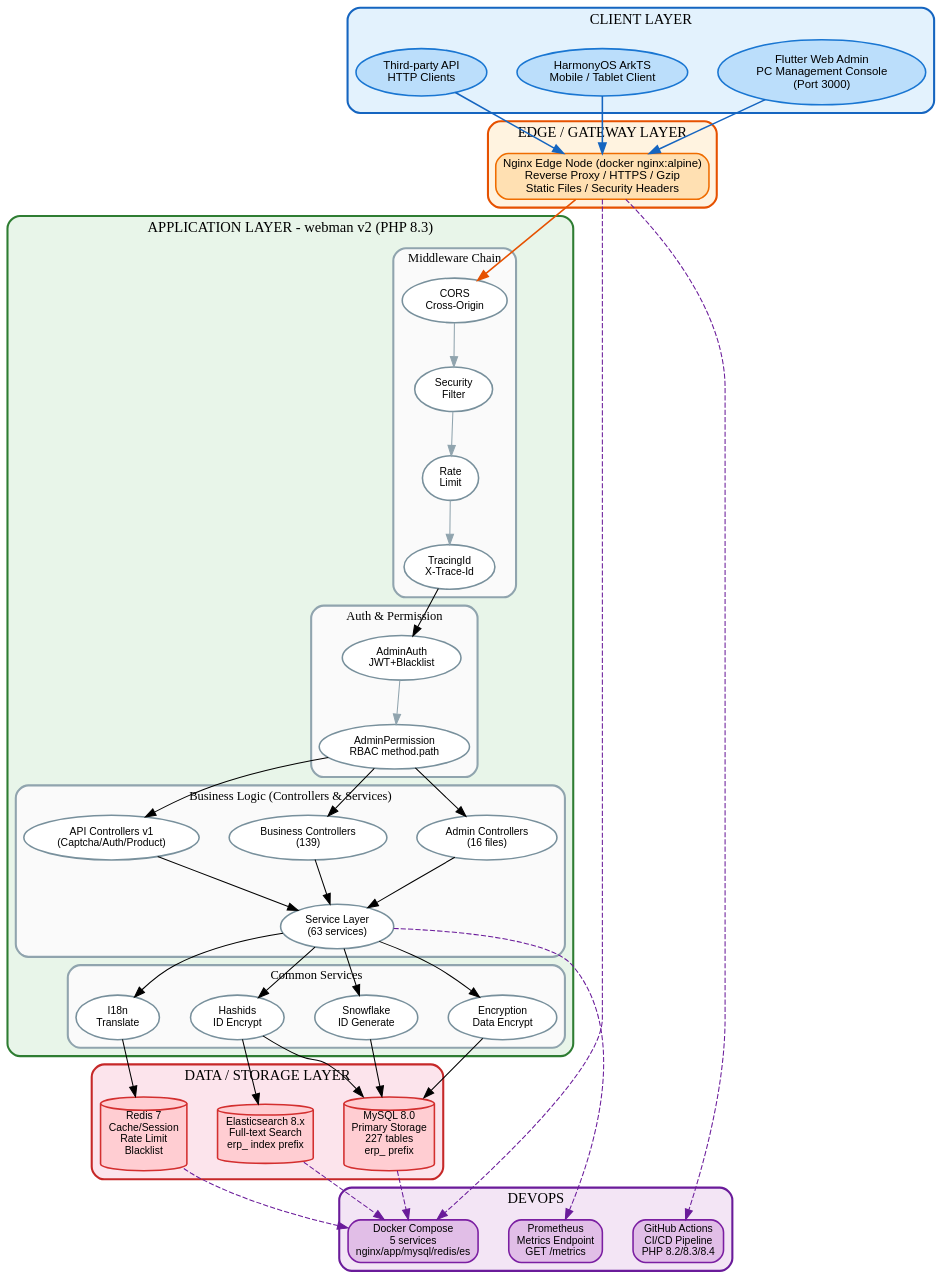
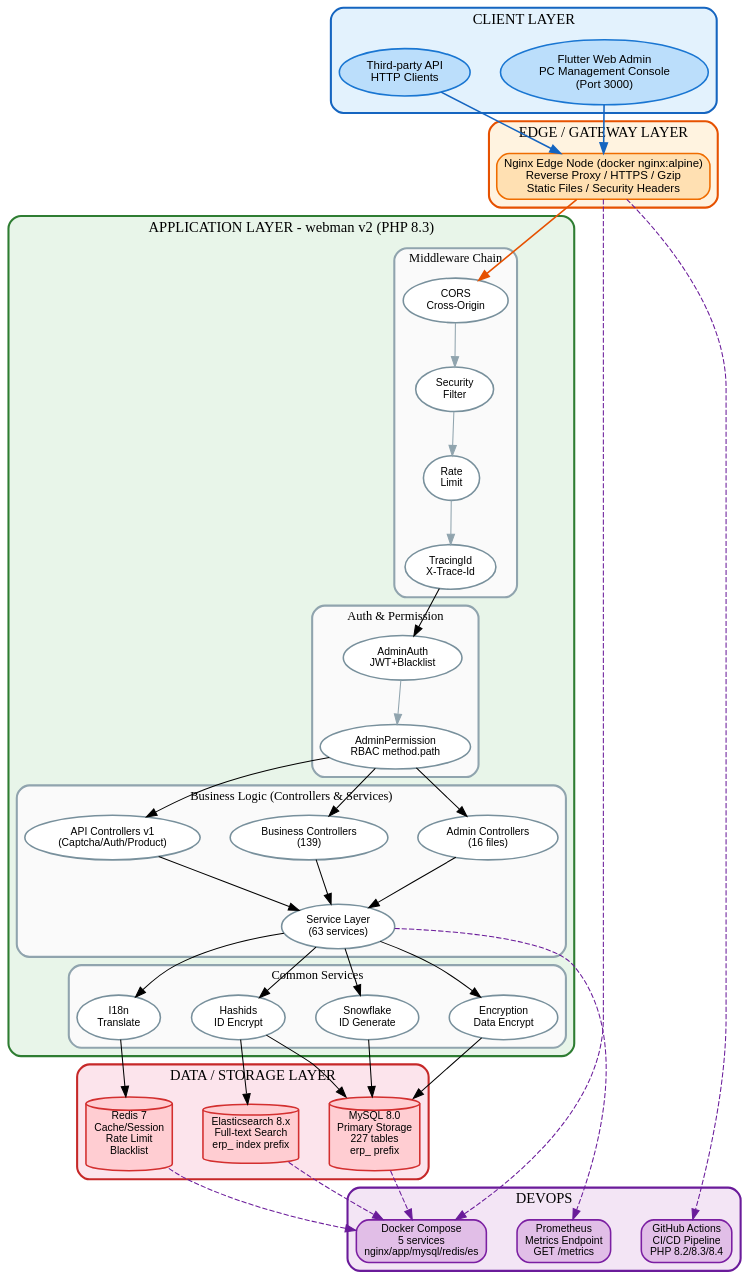
One commit to erikwang2013/erp-php changed the diagram in docs/diagrams/system-architecture.dot. Above: the diagram before and after it, drawn with Graphviz. The commit also changed 652 other files, not shown here.

Commit message:
文档：仅保留中英文 README，清理已移除功能与过时图片

```diff
--- a/docs/diagrams/system-architecture.dot
+++ b/docs/diagrams/system-architecture.dot
@@ -1,104 +1,102 @@
 digraph SystemArchitecture {
     rankdir=TB;
     fontname="Arial";
     fontsize=14;
     bgcolor="transparent";
     nodesep=0.4;
     ranksep=0.6;
     compound=true;
 
     node [fontname="Arial", fontsize=11, style="filled,rounded", penwidth=1.5];
 
     subgraph cluster_client {
         label="CLIENT LAYER";
         fontsize=14; fontname="Arial Bold";
         style="filled,rounded"; fillcolor="#e3f2fd"; color="#1565c0"; penwidth=2;
         a1 [label="Flutter Web Admin\nPC Management Console\n(Port 3000)", fillcolor="#bbdefb", color="#1976d2"];
-        a2 [label="HarmonyOS ArkTS\nMobile / Tablet Client", fillcolor="#bbdefb", color="#1976d2"];
         a3 [label="Third-party API\nHTTP Clients", fillcolor="#bbdefb", color="#1976d2"];
     }
 
     subgraph cluster_edge {
         label="EDGE / GATEWAY LAYER";
         fontsize=14; fontname="Arial Bold";
         style="filled,rounded"; fillcolor="#fff3e0"; color="#e65100"; penwidth=2;
         b1 [label="Nginx Edge Node (docker nginx:alpine)\nReverse Proxy / HTTPS / Gzip\nStatic Files / Security Headers", fillcolor="#ffe0b2", color="#ef6c00", shape="box"];
     }
 
     subgraph cluster_app {
         label="APPLICATION LAYER - webman v2 (PHP 8.3)";
         fontsize=14; fontname="Arial Bold";
         style="filled,rounded"; fillcolor="#e8f5e9"; color="#2e7d32"; penwidth=2;
 
         subgraph cluster_mw {
             label="Middleware Chain";
             fontsize=12; fontname="Arial Bold";
             style="filled,rounded"; fillcolor="#fafafa"; color="#90a4ae";
             node [fillcolor="#ffffff", color="#78909c", fontsize=10];
             m1 [label="CORS\nCross-Origin"]; m2 [label="Security\nFilter"]; m3 [label="Rate\nLimit"]; m4 [label="TracingId\nX-Trace-Id"];
             m1 -> m2 -> m3 -> m4 [color="#90a4ae"];
         }
 
         subgraph cluster_auth {
             label="Auth & Permission";
             fontsize=12; fontname="Arial Bold";
             style="filled,rounded"; fillcolor="#fafafa"; color="#90a4ae";
             node [fillcolor="#ffffff", color="#78909c", fontsize=10];
             m6 [label="AdminAuth\nJWT+Blacklist"]; m7 [label="AdminPermission\nRBAC method.path"];
             m6 -> m7 [color="#90a4ae"];
         }
 
         subgraph cluster_biz {
             label="Business Logic (Controllers & Services)";
             fontsize=12; fontname="Arial Bold";
             style="filled,rounded"; fillcolor="#fafafa"; color="#90a4ae";
             node [fillcolor="#ffffff", color="#78909c", fontsize=10];
             c1 [label="Admin Controllers\n(16 files)"]; c2 [label="Business Controllers\n(139)"]; c3 [label="Service Layer\n(63 services)"]; c4 [label="API Controllers v1\n(Captcha/Auth/Product)"];
         }
 
         subgraph cluster_common {
             label="Common Services";
             fontsize=12; fontname="Arial Bold";
             style="filled,rounded"; fillcolor="#fafafa"; color="#90a4ae";
             node [fillcolor="#ffffff", color="#78909c", fontsize=10];
             s1 [label="Hashids\nID Encrypt"]; s2 [label="Snowflake\nID Generate"]; s3 [label="Encryption\nData Encrypt"]; s4 [label="I18n\nTranslate"];
         }
 
         m4 -> m6; m7 -> c1; m7 -> c2; m7 -> c4;
         c1 -> c3; c2 -> c3; c4 -> c3;
         c3 -> s1; c3 -> s2; c3 -> s3; c3 -> s4;
     }
 
     subgraph cluster_data {
         label="DATA / STORAGE LAYER";
         fontsize=14; fontname="Arial Bold";
         style="filled,rounded"; fillcolor="#fce4ec"; color="#c62828"; penwidth=2;
         node [shape="cylinder", fillcolor="#ffcdd2", color="#d32f2f", fontsize=10];
         d1 [label="MySQL 8.0\nPrimary Storage\n227 tables\nerp_ prefix"];
         d2 [label="Redis 7\nCache/Session\nRate Limit\nBlacklist"];
         d3 [label="Elasticsearch 8.x\nFull-text Search\nerp_ index prefix"];
     }
 
     subgraph cluster_devops {
         label="DEVOPS";
         fontsize=14; fontname="Arial Bold";
         style="filled,rounded"; fillcolor="#f3e5f5"; color="#6a1b9a"; penwidth=2;
         node [shape="box", fillcolor="#e1bee7", color="#7b1fa2", fontsize=10];
         e1 [label="GitHub Actions\nCI/CD Pipeline\nPHP 8.2/8.3/8.4"];
         e2 [label="Docker Compose\n5 services\nnginx/app/mysql/redis/es"];
         e3 [label="Prometheus\nMetrics Endpoint\nGET /metrics"];
     }
 
     a1 -> b1 [color="#1565c0", penwidth=1.5];
-    a2 -> b1 [color="#1565c0", penwidth=1.5];
     a3 -> b1 [color="#1565c0", penwidth=1.5];
     b1 -> m1 [color="#e65100", penwidth=1.5];
     s1 -> d1; s2 -> d1; s3 -> d1; s1 -> d3;
     s4 -> d2;
     b1 -> e1 [style="dashed", color="#6a1b9a"];
     b1 -> e2 [style="dashed", color="#6a1b9a"];
     c3 -> e3 [style="dashed", color="#6a1b9a"];
     d1 -> e2 [style="dashed", color="#6a1b9a"];
     d2 -> e2 [style="dashed", color="#6a1b9a"];
     d3 -> e2 [style="dashed", color="#6a1b9a"];
 }
```
